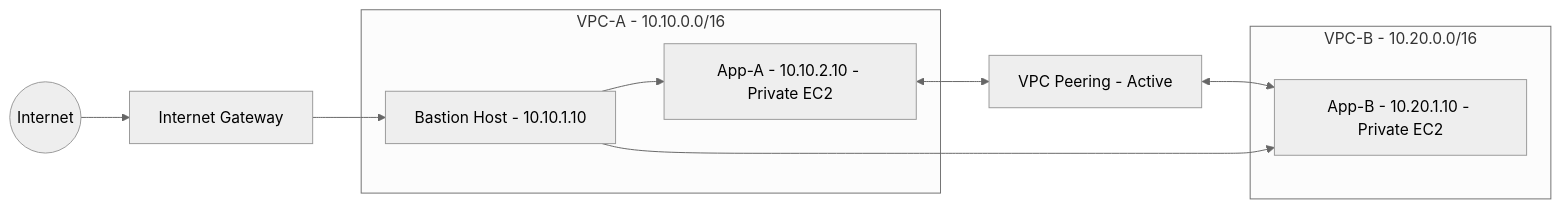
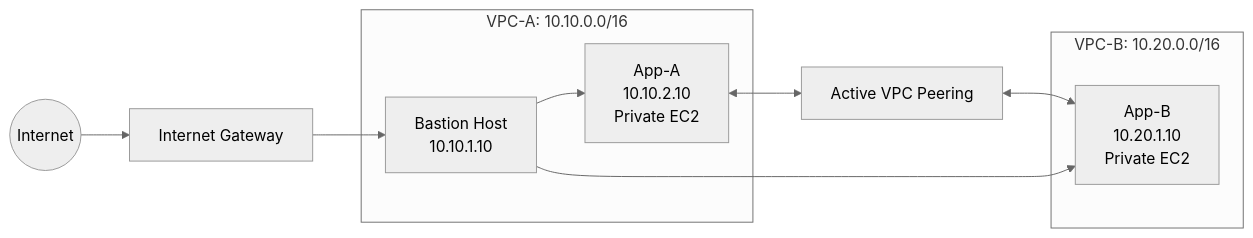
The diagram in README.md (PiyushSingh005-AMM/aws-vpc-peering-project), drawn with Mermaid (neutral theme) before and after one commit. The commit also changed other lines of this file, not shown here.

````diff
--- a/README.md
+++ b/README.md
@@ -22,19 +22,19 @@
 ```mermaid
 flowchart LR
     Internet((Internet)) --> IGW[Internet Gateway]
-    IGW --> Bastion["Bastion Host - 10.10.1.10"]
+    IGW --> Bastion["Bastion Host<br/>10.10.1.10"]
 
-    subgraph VPC_A["VPC-A - 10.10.0.0/16"]
+    subgraph VPC_A["VPC-A: 10.10.0.0/16"]
         Bastion
-        AppA["App-A - 10.10.2.10 - Private EC2"]
+        AppA["App-A<br/>10.10.2.10<br/>Private EC2"]
     end
 
-    subgraph VPC_B["VPC-B - 10.20.0.0/16"]
-        AppB["App-B - 10.20.1.10 - Private EC2"]
+    subgraph VPC_B["VPC-B: 10.20.0.0/16"]
+        AppB["App-B<br/>10.20.1.10<br/>Private EC2"]
     end
 
-    AppA <--> Peering["VPC Peering - Active"]
+    AppA <--> Peering["Active VPC Peering"]
     Peering <--> AppB
     Bastion --> AppA
     Bastion --> AppB
 ```
````
